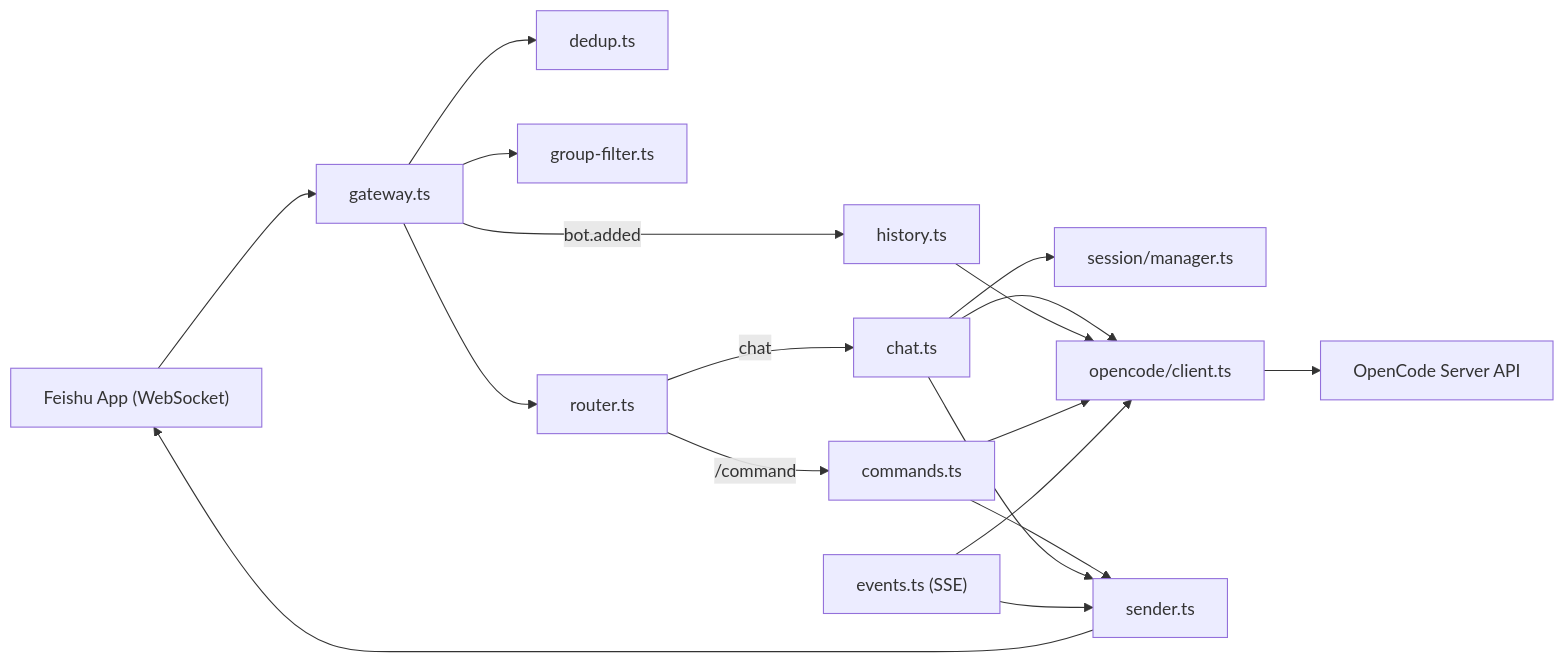
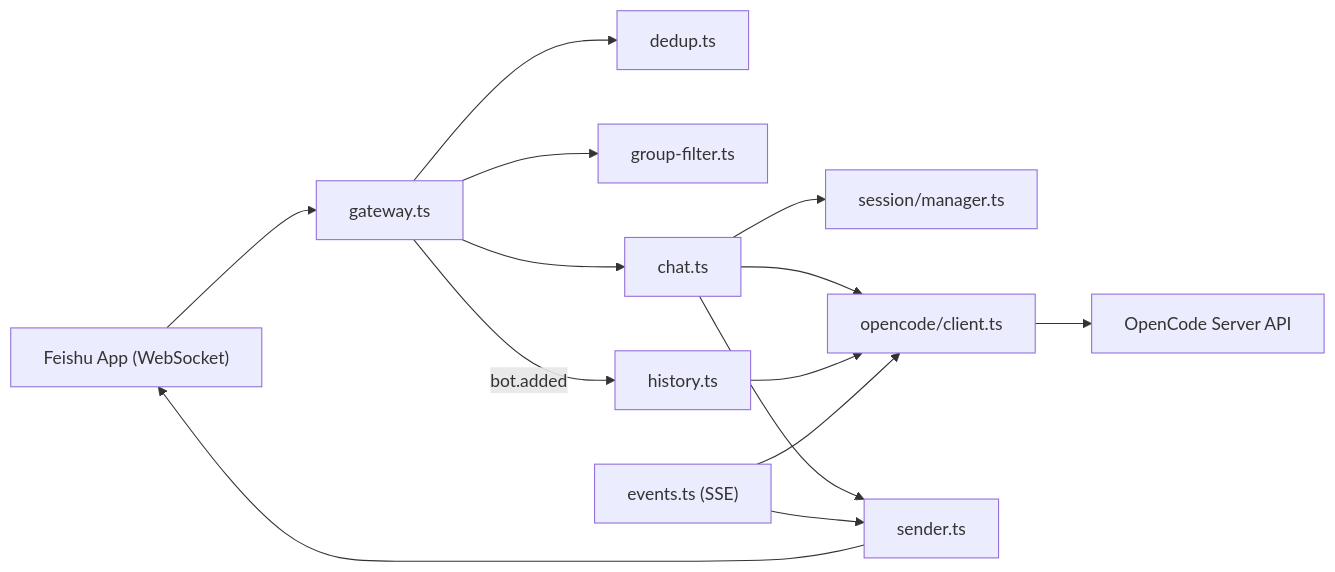
One commit to NeverMore93/opencode-feishu changed the diagram in README.md. Above: the diagram before and after it, drawn with Mermaid. The commit also changed other lines of this file and 10 other files, not shown here.

````diff
--- a/README.md
+++ b/README.md
@@ -18,20 +17,16 @@
 ```mermaid
 flowchart LR
   FeishuApp["Feishu App (WebSocket)"] --> Gateway["gateway.ts"]
   Gateway --> Dedup["dedup.ts"]
   Gateway --> GroupFilter["group-filter.ts"]
   Gateway -->|"bot.added"| History["history.ts"]
-  Gateway --> Router["router.ts"]
-  Router -->|"/command"| Commands["commands.ts"]
-  Router -->|"chat"| Chat["chat.ts"]
+  Gateway --> Chat["chat.ts"]
   Chat --> SessionMgr["session/manager.ts"]
   Chat --> OcClient["opencode/client.ts"]
   OcClient --> OpenCodeAPI["OpenCode Server API"]
   History --> OcClient
-  Commands --> OcClient
-  Commands --> Sender["sender.ts"]
-  Chat --> Sender
+  Chat --> Sender["sender.ts"]
   SSE["events.ts (SSE)"] --> OcClient
   SSE --> Sender
   Sender --> FeishuApp
 ```
````
